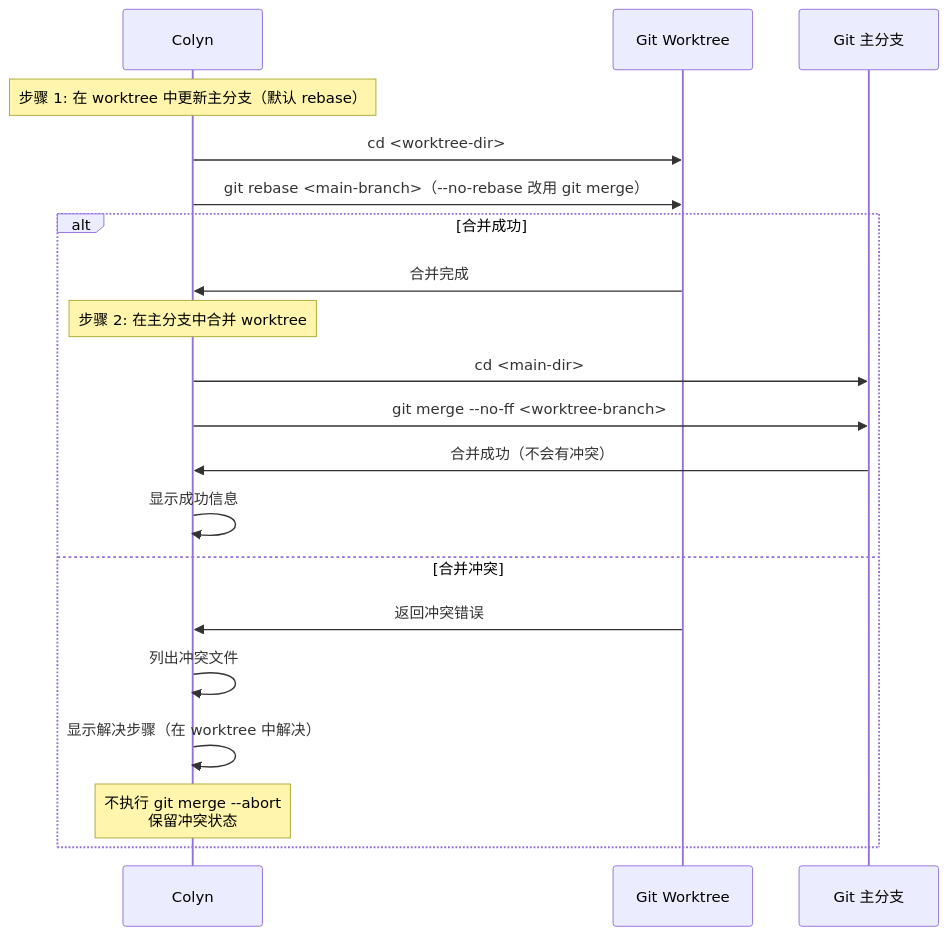
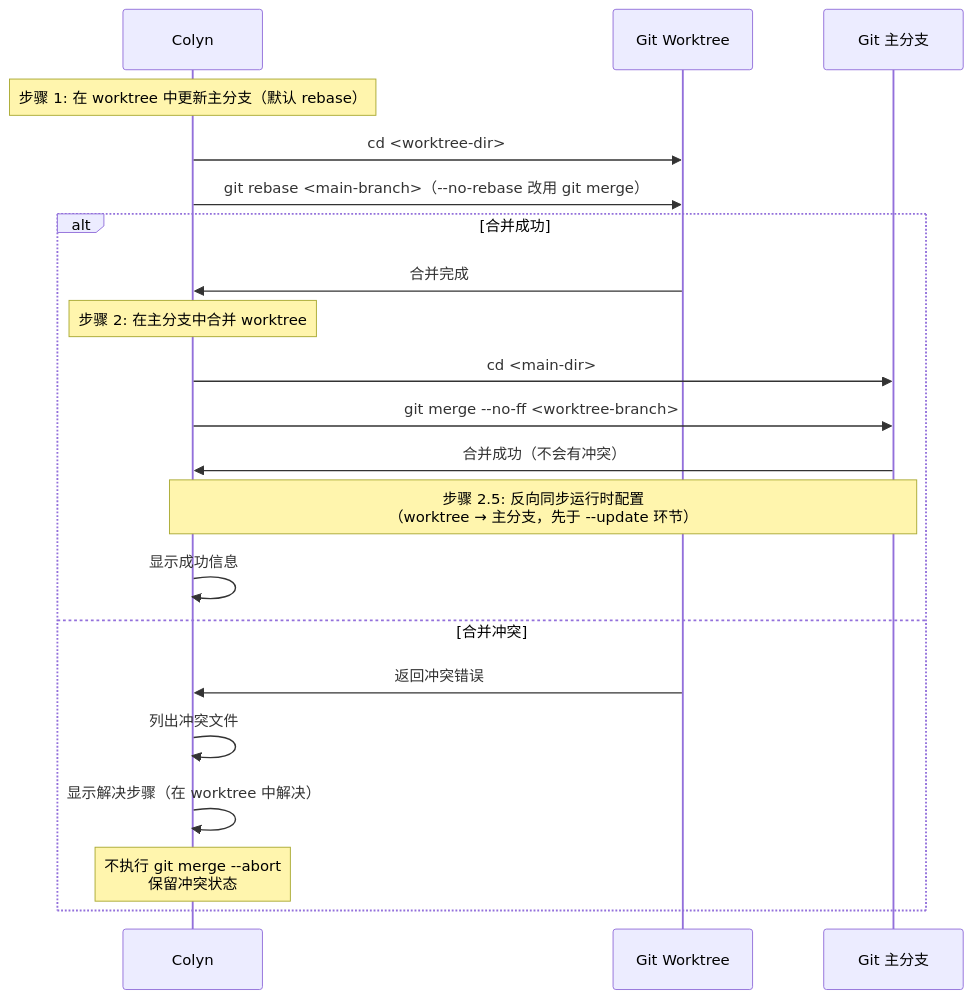
Before and after one commit to colin-han/colyn: the fifth of 7 diagrams in docs/zh-CN/develop/design/commands/design-merge-command.md, drawn with Mermaid. The commit also changed other lines of this file and 17 other files, not shown here.

````diff
--- a/docs/zh-CN/develop/design/commands/design-merge-command.md
+++ b/docs/zh-CN/develop/design/commands/design-merge-command.md
@@ -317,24 +317,25 @@
 ```mermaid
 sequenceDiagram
     participant C as Colyn
     participant WT as Git Worktree
     participant M as Git 主分支
 
     Note over C: 步骤 1: 在 worktree 中更新主分支（默认 rebase）
     C->>WT: cd <worktree-dir>
     C->>WT: git rebase <main-branch>（--no-rebase 改用 git merge）
 
     alt 合并成功
         WT->>C: 合并完成
         Note over C: 步骤 2: 在主分支中合并 worktree
         C->>M: cd <main-dir>
         C->>M: git merge --no-ff <worktree-branch>
         M->>C: 合并成功（不会有冲突）
+        Note over C,M: 步骤 2.5: 反向同步运行时配置<br/>（worktree → 主分支，先于 --update 环节）
         C->>C: 显示成功信息
     else 合并冲突
         WT->>C: 返回冲突错误
         C->>C: 列出冲突文件
         C->>C: 显示解决步骤（在 worktree 中解决）
         Note over C: 不执行 git merge --abort<br/>保留冲突状态
     end
 ```
````
